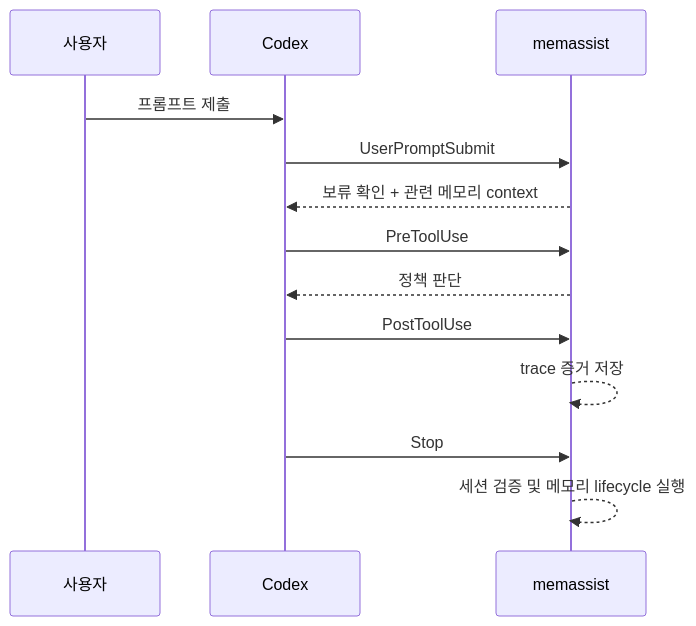
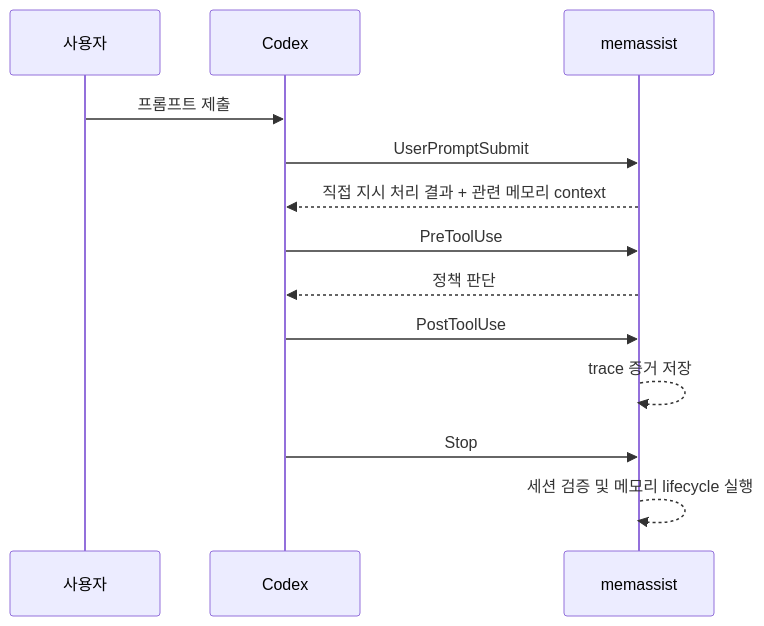
Before and after one commit to lteawoo/MemAssist: the second of 5 diagrams in README.ko.md, drawn with Mermaid. The commit also changed other lines of this file and 9 other files, not shown here.

````diff
--- a/README.ko.md
+++ b/README.ko.md
@@ -122,16 +119,16 @@
 ```mermaid
 sequenceDiagram
     participant U as 사용자
     participant C as Codex
     participant M as memassist
 
     U->>C: 프롬프트 제출
     C->>M: UserPromptSubmit
-    M-->>C: 보류 확인 + 관련 메모리 context
+    M-->>C: 직접 지시 처리 결과 + 관련 메모리 context
     C->>M: PreToolUse
     M-->>C: 정책 판단
     C->>M: PostToolUse
     M-->>M: trace 증거 저장
     C->>M: Stop
     M-->>M: 세션 검증 및 메모리 lifecycle 실행
 ```
````
